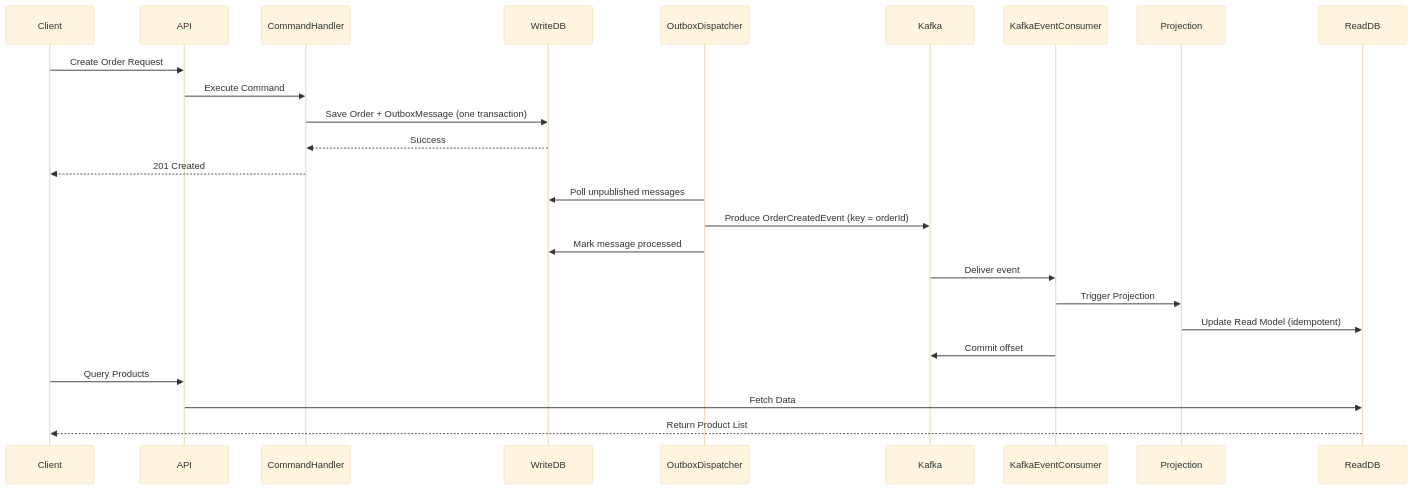
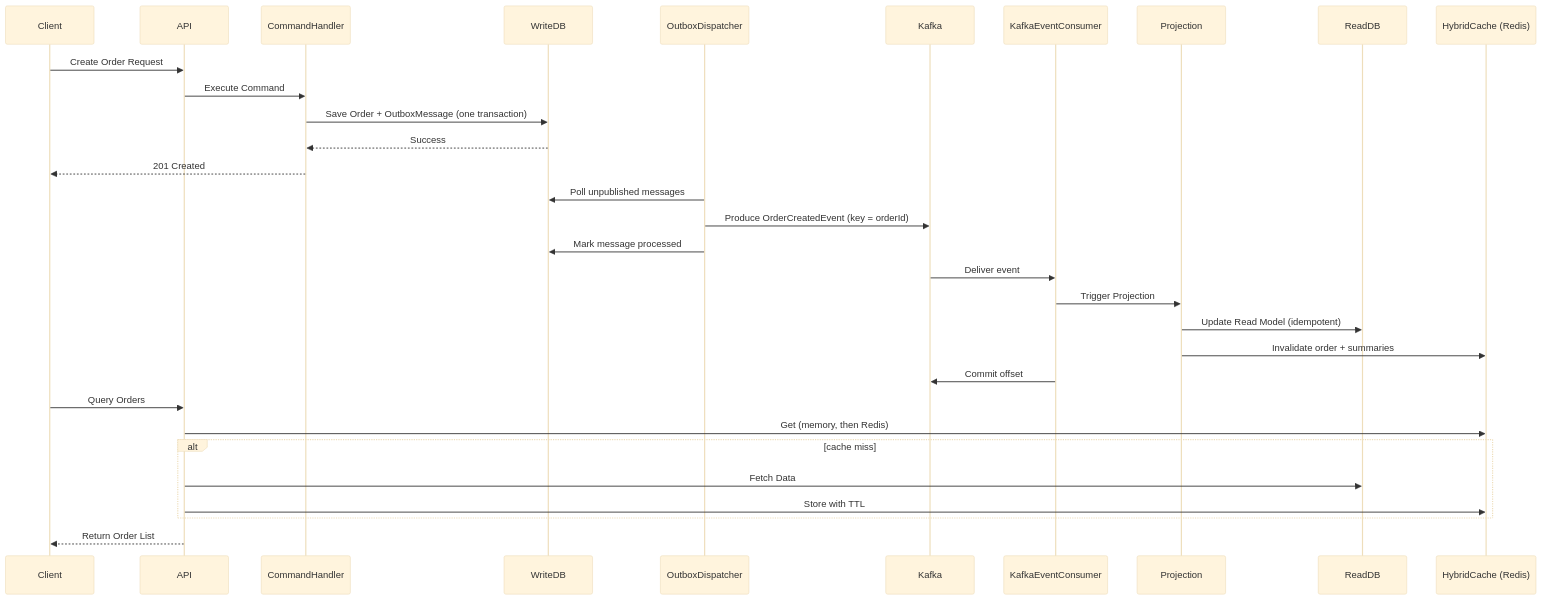
One commit to ayoolaniyan/ecom-api changed the second of 3 diagrams in README.md. Above: the diagram before and after it, drawn with Mermaid (base theme). The commit also changed other lines of this file and 9 other files, not shown here.

First line of the commit message:
feat: add Redis distributed caching with HybridCache

````diff
--- a/README.md
+++ b/README.md
@@ -80,28 +84,34 @@
 ``` mermaid
 sequenceDiagram
     participant Client
     participant API
     participant CommandHandler
     participant WriteDB
     participant Dispatcher as OutboxDispatcher
     participant Kafka
     participant Consumer as KafkaEventConsumer
     participant Projection
     participant ReadDB
+    participant Cache as HybridCache (Redis)
 
     Client->>API: Create Order Request
     API->>CommandHandler: Execute Command
     CommandHandler->>WriteDB: Save Order + OutboxMessage (one transaction)
     WriteDB-->>CommandHandler: Success
     CommandHandler-->>Client: 201 Created
     Dispatcher->>WriteDB: Poll unpublished messages
     Dispatcher->>Kafka: Produce OrderCreatedEvent (key = orderId)
     Dispatcher->>WriteDB: Mark message processed
     Kafka->>Consumer: Deliver event
     Consumer->>Projection: Trigger Projection
     Projection->>ReadDB: Update Read Model (idempotent)
+    Projection->>Cache: Invalidate order + summaries
     Consumer->>Kafka: Commit offset
-    Client->>API: Query Products
-    API->>ReadDB: Fetch Data
-    ReadDB-->>Client: Return Product List
+    Client->>API: Query Orders
+    API->>Cache: Get (memory, then Redis)
+    alt cache miss
+        API->>ReadDB: Fetch Data
+        API->>Cache: Store with TTL
+    end
+    API-->>Client: Return Order List
 ```
````
